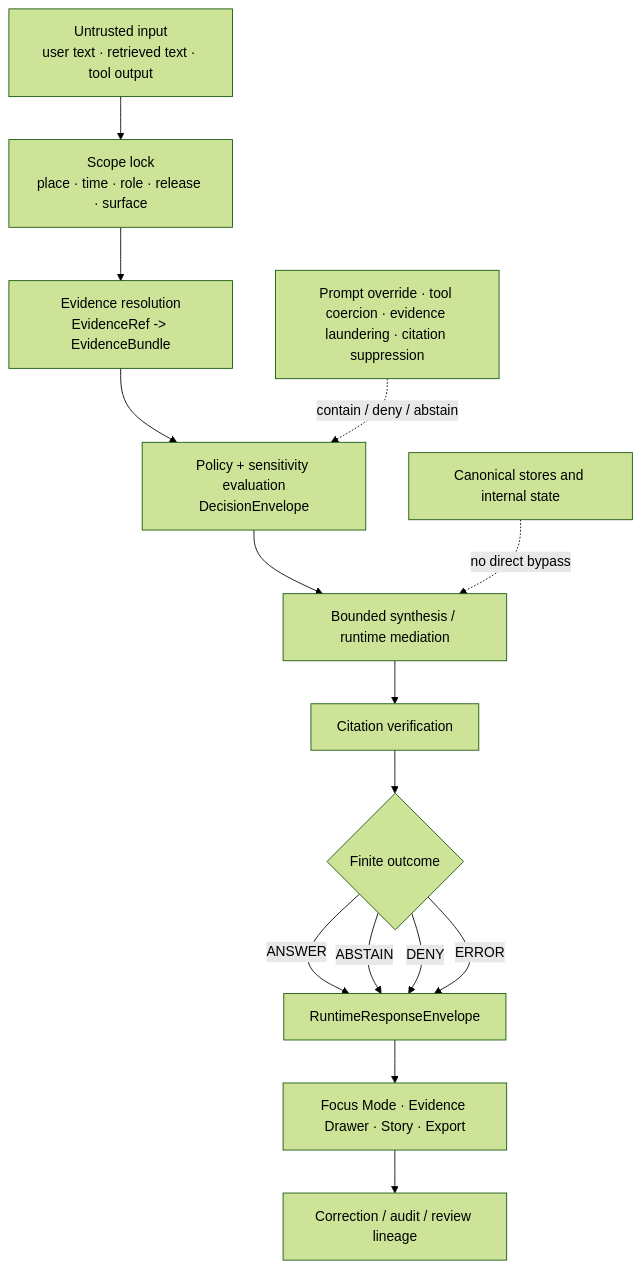
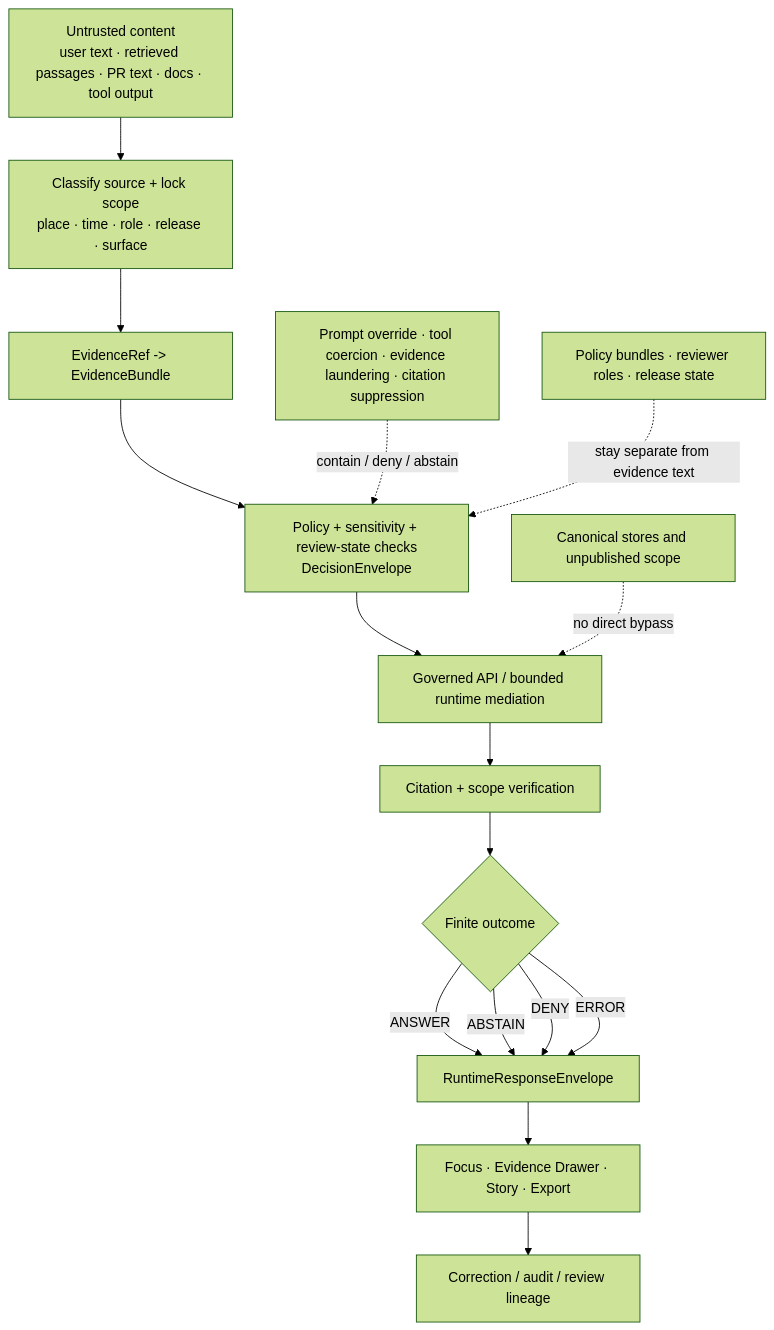
Before and after one commit to bartytime4life/Kansas-Frontier-Matrix: the diagram in docs/security/prompt-injection/README.md, drawn with Mermaid (forest theme). The commit also changed other lines of this file, not shown here.

````diff
--- a/docs/security/prompt-injection/README.md
+++ b/docs/security/prompt-injection/README.md
@@ -183,18 +274,19 @@
 ```mermaid
 flowchart TD
-    A[Untrusted input<br/>user text · retrieved text · tool output] --> B[Scope lock<br/>place · time · role · release · surface]
-    B --> C[Evidence resolution<br/>EvidenceRef -> EvidenceBundle]
-    C --> D[Policy + sensitivity evaluation<br/>DecisionEnvelope]
-    D --> E[Bounded synthesis / runtime mediation]
-    E --> F[Citation verification]
+    A[Untrusted content<br/>user text · retrieved passages · PR text · docs · tool output] --> B[Classify source + lock scope<br/>place · time · role · release · surface]
+    B --> C[EvidenceRef -> EvidenceBundle]
+    C --> D[Policy + sensitivity + review-state checks<br/>DecisionEnvelope]
+    D --> E[Governed API / bounded runtime mediation]
+    E --> F[Citation + scope verification]
     F --> G{Finite outcome}
     G -->|ANSWER| H[RuntimeResponseEnvelope]
     G -->|ABSTAIN| H
     G -->|DENY| H
     G -->|ERROR| H
-    H --> I[Focus Mode · Evidence Drawer · Story · Export]
+    H --> I[Focus · Evidence Drawer · Story · Export]
     I --> J[Correction / audit / review lineage]
 
     K[Prompt override · tool coercion · evidence laundering · citation suppression] -. contain / deny / abstain .-> D
-    L[Canonical stores and internal state] -. no direct bypass .-> E
+    L[Policy bundles · reviewer roles · release state] -. stay separate from evidence text .-> D
+    M[Canonical stores and unpublished scope] -. no direct bypass .-> E
 ```
````
